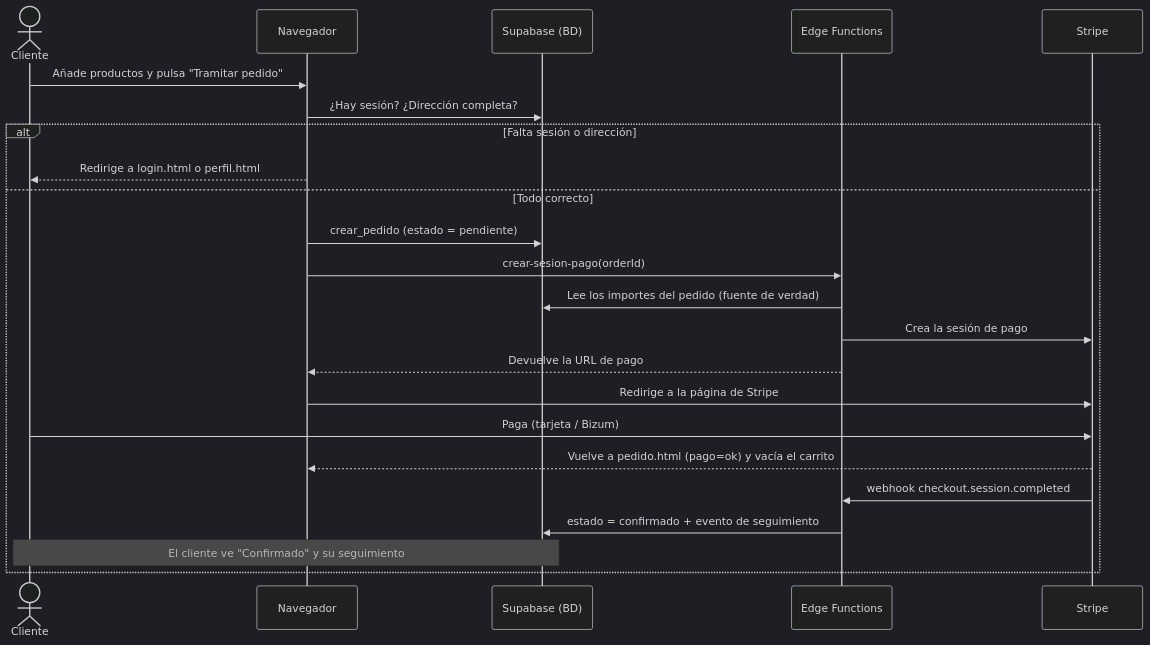
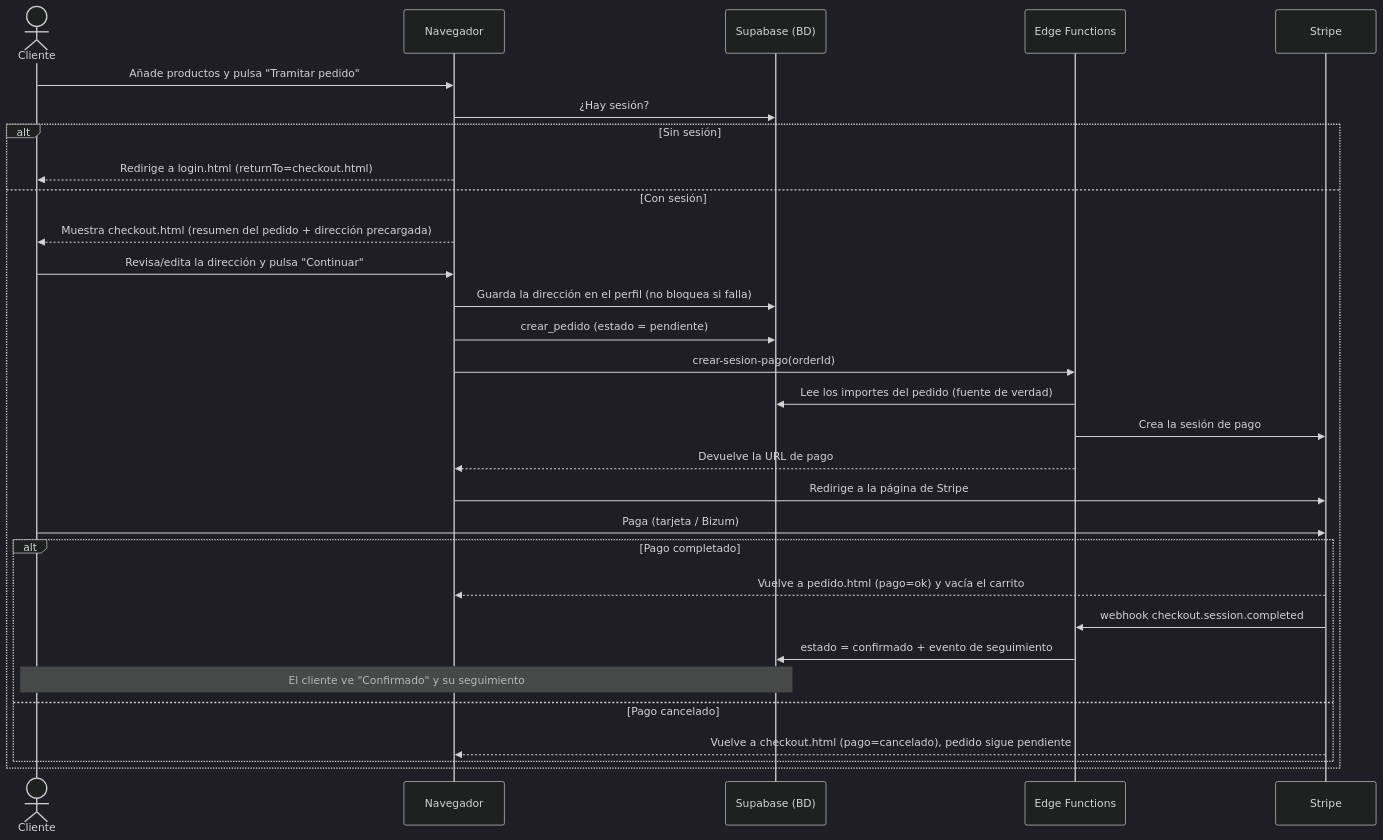
One commit to AFranco13/chuchebarata.github.io changed the second of 5 diagrams in docs/ARQUITECTURA.md. Above: the diagram before and after it, drawn with Mermaid (dark theme). The commit also changed other lines of this file and 9 other files, not shown here.

First line of the commit message:
Nueva página de checkout dedicada, en vez de redirigir a perfil/login

````diff
--- a/docs/ARQUITECTURA.md
+++ b/docs/ARQUITECTURA.md
@@ -52,26 +54,33 @@
 ```mermaid
 sequenceDiagram
   actor C as Cliente
   participant Web as Navegador
   participant SB as Supabase (BD)
   participant EF as Edge Functions
   participant ST as Stripe
 
   C->>Web: Añade productos y pulsa "Tramitar pedido"
-  Web->>SB: ¿Hay sesión? ¿Dirección completa?
-  alt Falta sesión o dirección
-    Web-->>C: Redirige a login.html o perfil.html
-  else Todo correcto
+  Web->>SB: ¿Hay sesión?
+  alt Sin sesión
+    Web-->>C: Redirige a login.html (returnTo=checkout.html)
+  else Con sesión
+    Web-->>C: Muestra checkout.html (resumen del pedido + dirección precargada)
+    C->>Web: Revisa/edita la dirección y pulsa "Continuar"
+    Web->>SB: Guarda la dirección en el perfil (no bloquea si falla)
     Web->>SB: crear_pedido (estado = pendiente)
     Web->>EF: crear-sesion-pago(orderId)
     EF->>SB: Lee los importes del pedido (fuente de verdad)
     EF->>ST: Crea la sesión de pago
     EF-->>Web: Devuelve la URL de pago
     Web->>ST: Redirige a la página de Stripe
     C->>ST: Paga (tarjeta / Bizum)
-    ST-->>Web: Vuelve a pedido.html (pago=ok) y vacía el carrito
-    ST->>EF: webhook checkout.session.completed
-    EF->>SB: estado = confirmado + evento de seguimiento
-    Note over C,SB: El cliente ve "Confirmado" y su seguimiento
+    alt Pago completado
+      ST-->>Web: Vuelve a pedido.html (pago=ok) y vacía el carrito
+      ST->>EF: webhook checkout.session.completed
+      EF->>SB: estado = confirmado + evento de seguimiento
+      Note over C,SB: El cliente ve "Confirmado" y su seguimiento
+    else Pago cancelado
+      ST-->>Web: Vuelve a checkout.html (pago=cancelado), pedido sigue pendiente
+    end
   end
 ```
````
